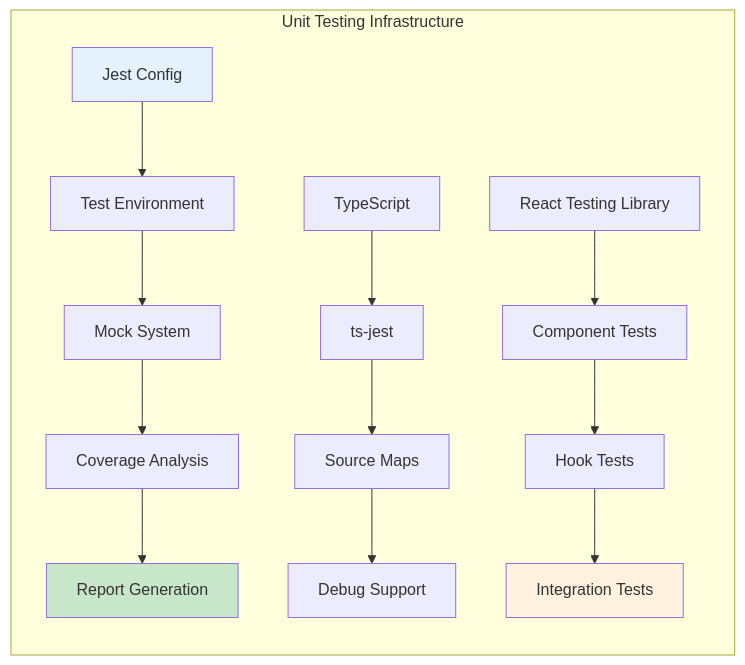
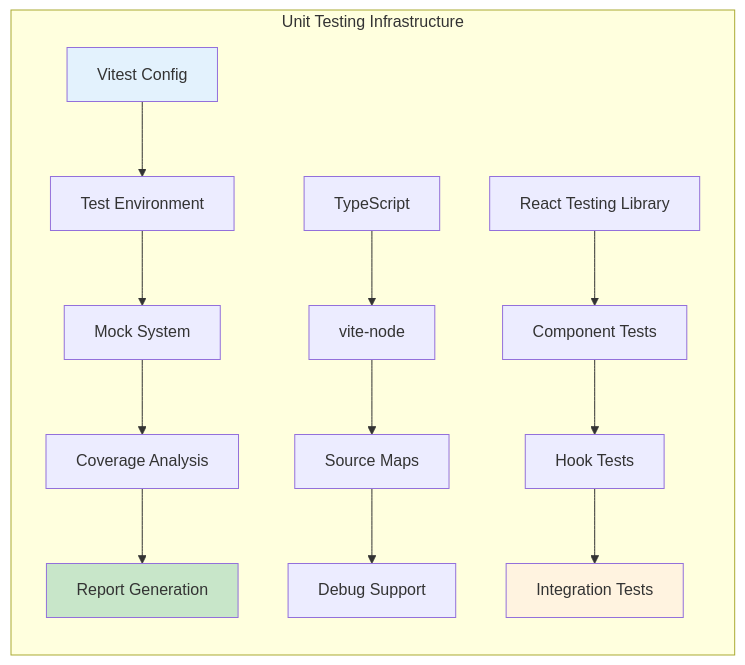
One commit to zone17/sovren changed the second of 10 diagrams in docs/development/test-infrastructure.md. Above: the diagram before and after it, drawn with Mermaid. The commit also changed other lines of this file and 59 other files, not shown here.

First line of the commit message:
refactor: complete Jest-to-Vitest migration across configs and docs

````diff
--- a/docs/development/test-infrastructure.md
+++ b/docs/development/test-infrastructure.md
@@ -53,21 +53,21 @@
 ```mermaid
 graph LR
     subgraph "Unit Testing Infrastructure"
-        A[Jest Config] --> B[Test Environment]
+        A[Vitest Config] --> B[Test Environment]
         B --> C[Mock System]
         C --> D[Coverage Analysis]
         D --> E[Report Generation]
 
-        F[TypeScript] --> G[ts-jest]
+        F[TypeScript] --> G[vite-node]
         G --> H[Source Maps]
         H --> I[Debug Support]
 
         J[React Testing Library] --> K[Component Tests]
         K --> L[Hook Tests]
         L --> M[Integration Tests]
     end
 
     style A fill:#e3f2fd
     style E fill:#c8e6c9
     style M fill:#fff3e0
 ```
````
